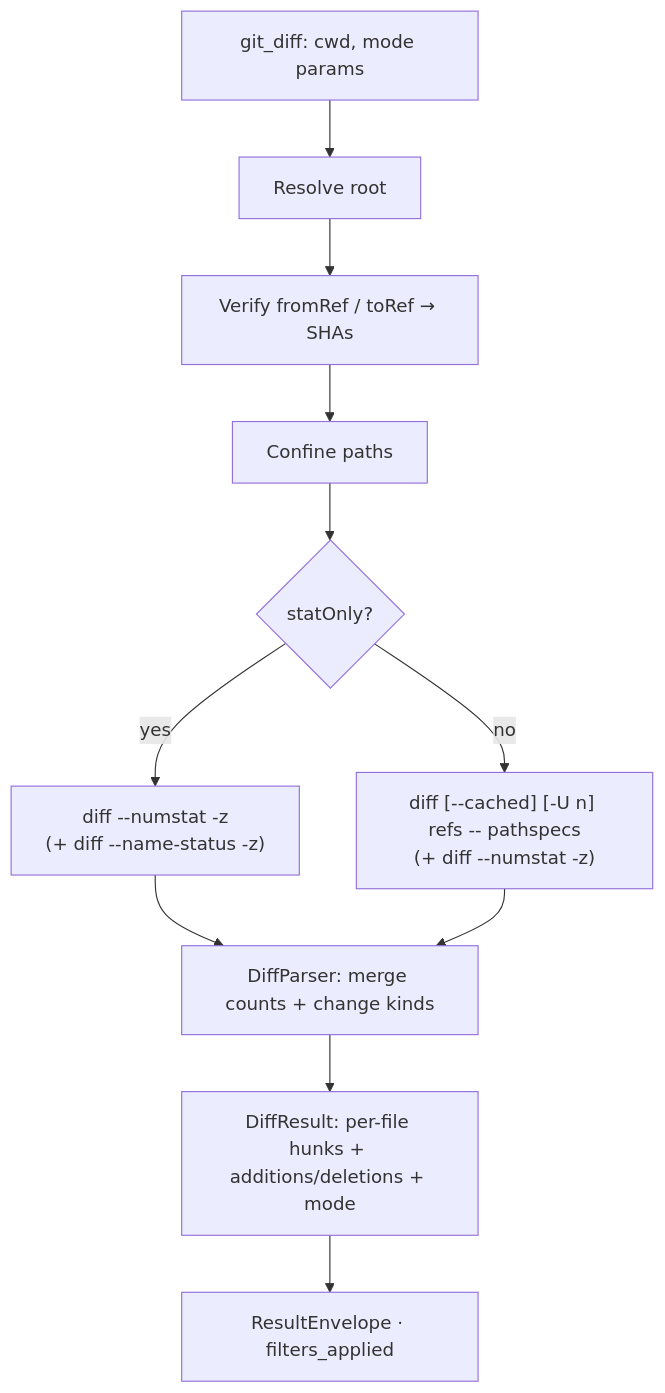
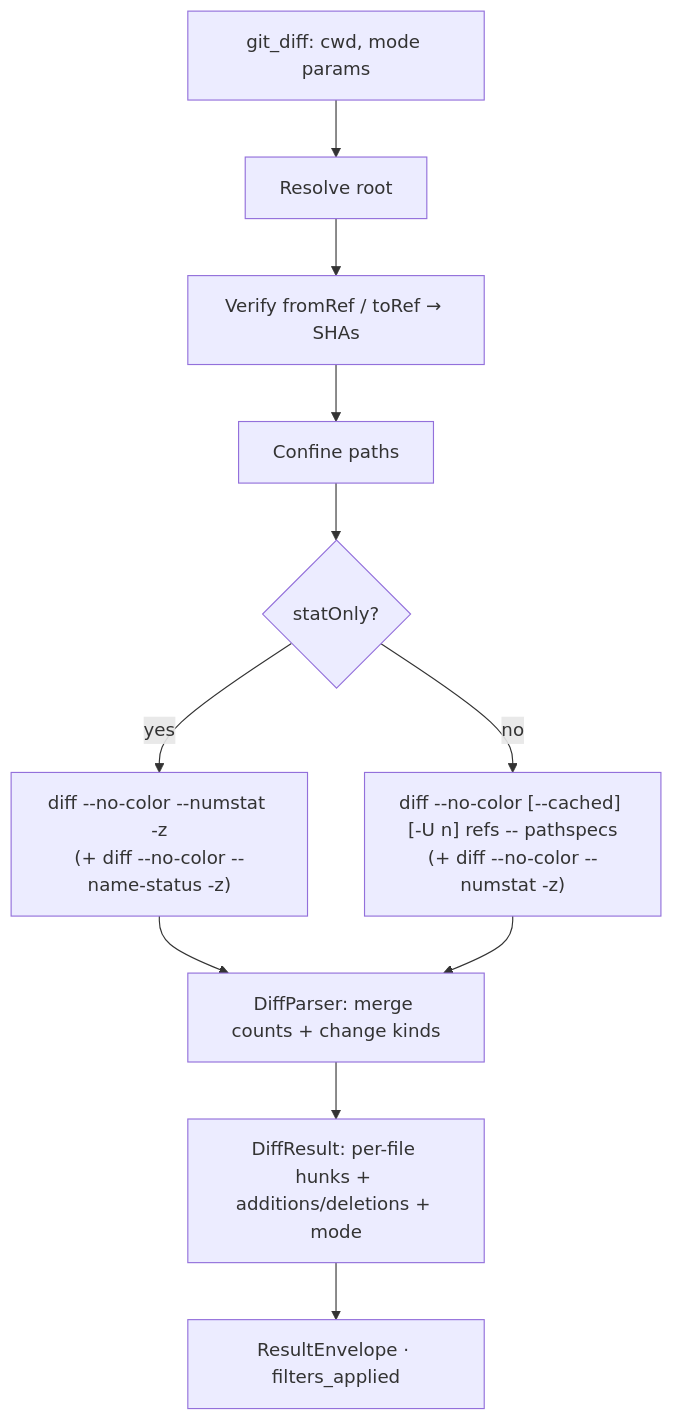
The third of 14 diagrams in src/RaccoonNinja.McpToolset.Server.GitOps/README.md (brenordv/mcp-toolset), drawn with Mermaid before and after one commit. The commit also changed other lines of this file and 9 other files, not shown here.

````diff
--- a/src/RaccoonNinja.McpToolset.Server.GitOps/README.md
+++ b/src/RaccoonNinja.McpToolset.Server.GitOps/README.md
@@ -133,13 +134,13 @@
 ```mermaid
 flowchart TD
     A[git_diff: cwd, mode params] --> B[Resolve root]
     B --> C[Verify fromRef / toRef → SHAs]
     C --> D[Confine paths]
     D --> E{statOnly?}
-    E -- yes --> F["diff --numstat -z<br/>(+ diff --name-status -z)"]
-    E -- no --> G["diff [--cached] [-U n] refs -- pathspecs<br/>(+ diff --numstat -z)"]
+    E -- yes --> F["diff --no-color --numstat -z<br/>(+ diff --no-color --name-status -z)"]
+    E -- no --> G["diff --no-color [--cached] [-U n] refs -- pathspecs<br/>(+ diff --no-color --numstat -z)"]
     F --> H[DiffParser: merge counts + change kinds]
     G --> H
     H --> I[DiffResult: per-file hunks + additions/deletions + mode]
     I --> J[ResultEnvelope · filters_applied]
 ```
````
